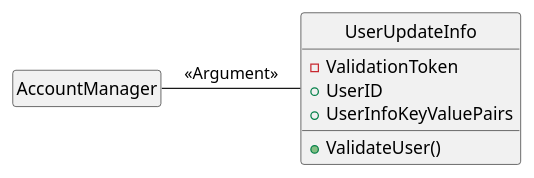
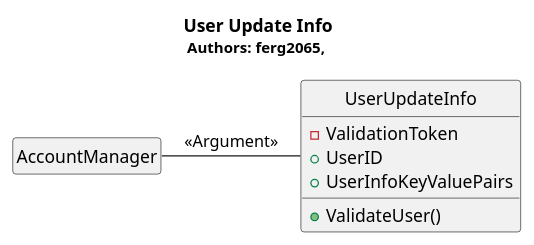
Before and after one commit to voxelv/sQuire_kw: the diagram in hw3/Server/server_userupdateinfo.pu, drawn with PlantUML. The commit also changed 19 other files, not shown here.

```diff
--- a/hw3/Server/server_userupdateinfo.pu
+++ b/hw3/Server/server_userupdateinfo.pu
@@ -1,16 +1,18 @@
 @startuml
 hide circle
 hide empty members
+
+Title <b>User Update Info</b>\n<size:12>Authors: ferg2065, </size>
 
 class "AccountManager" as uam
 class "UserUpdateInfo" as uaui{
 	-ValidationToken
 	+UserID
 	+UserInfoKeyValuePairs
 	+ValidateUser()
 	}
 
 uam - uaui : <<Argument>>
 
 
 @enduml
```
